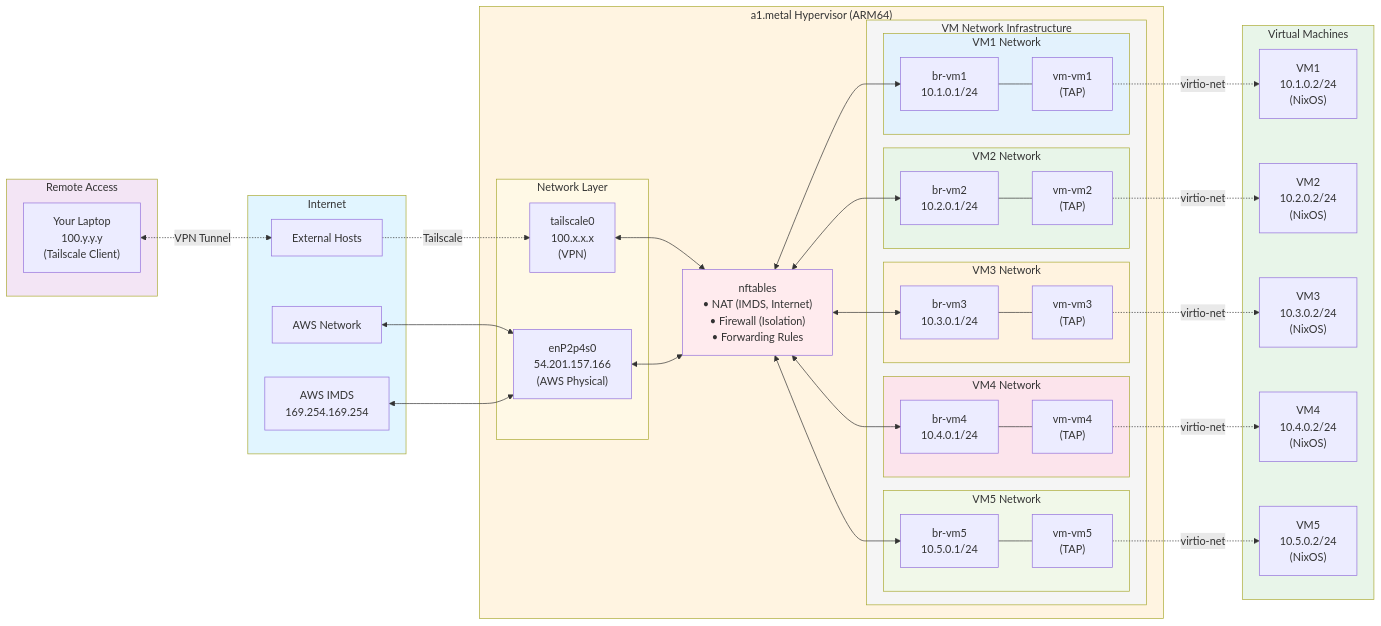
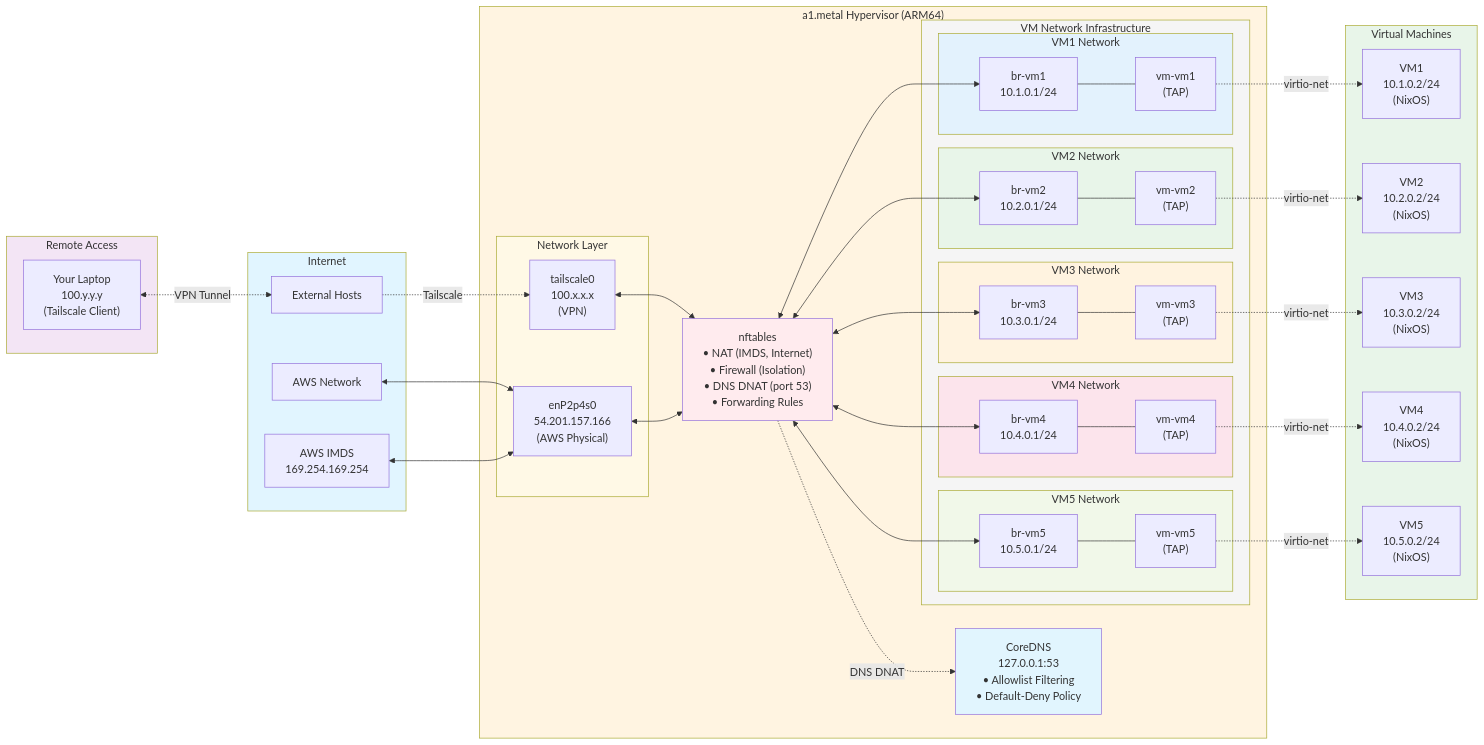
The first of 15 diagrams in NETWORK-TOPOLOGY.md (r33drichards/simple-microvm-infra), drawn with Mermaid before and after one commit. The commit also changed other lines of this file, not shown here.

```diff
--- a/NETWORK-TOPOLOGY.md
+++ b/NETWORK-TOPOLOGY.md
@@ -32,7 +33,9 @@
             enP2p4s0["enP2p4s0<br/>54.201.157.166<br/>(AWS Physical)"]
         end
 
-        nftables["nftables<br/>• NAT (IMDS, Internet)<br/>• Firewall (Isolation)<br/>• Forwarding Rules"]
+        nftables["nftables<br/>• NAT (IMDS, Internet)<br/>• Firewall (Isolation)<br/>• DNS DNAT (port 53)<br/>• Forwarding Rules"]
+
+        CoreDNS["CoreDNS<br/>127.0.0.1:53<br/>• Allowlist Filtering<br/>• Default-Deny Policy"]
 
         subgraph VMNetwork["VM Network Infrastructure"]
             subgraph VM1Net["VM1 Network"]
@@ -82,6 +85,9 @@
     tailscale0 <--> nftables
     enP2p4s0 <--> nftables
 
+    %% DNS filtering
+    nftables -.DNS DNAT.-> CoreDNS
+
     %% nftables to bridges (organized to avoid crossings)
     nftables <--> br1
     nftables <--> br2
@@ -108,6 +114,7 @@
     style Hypervisor fill:#fff4e1
     style NetLayer fill:#fff9e6
     style nftables fill:#ffebee
+    style CoreDNS fill:#e1f5fe
     style VMNetwork fill:#f5f5f5
     style VM1Net fill:#e3f2fd
     style VM2Net fill:#e8f5e9
```
